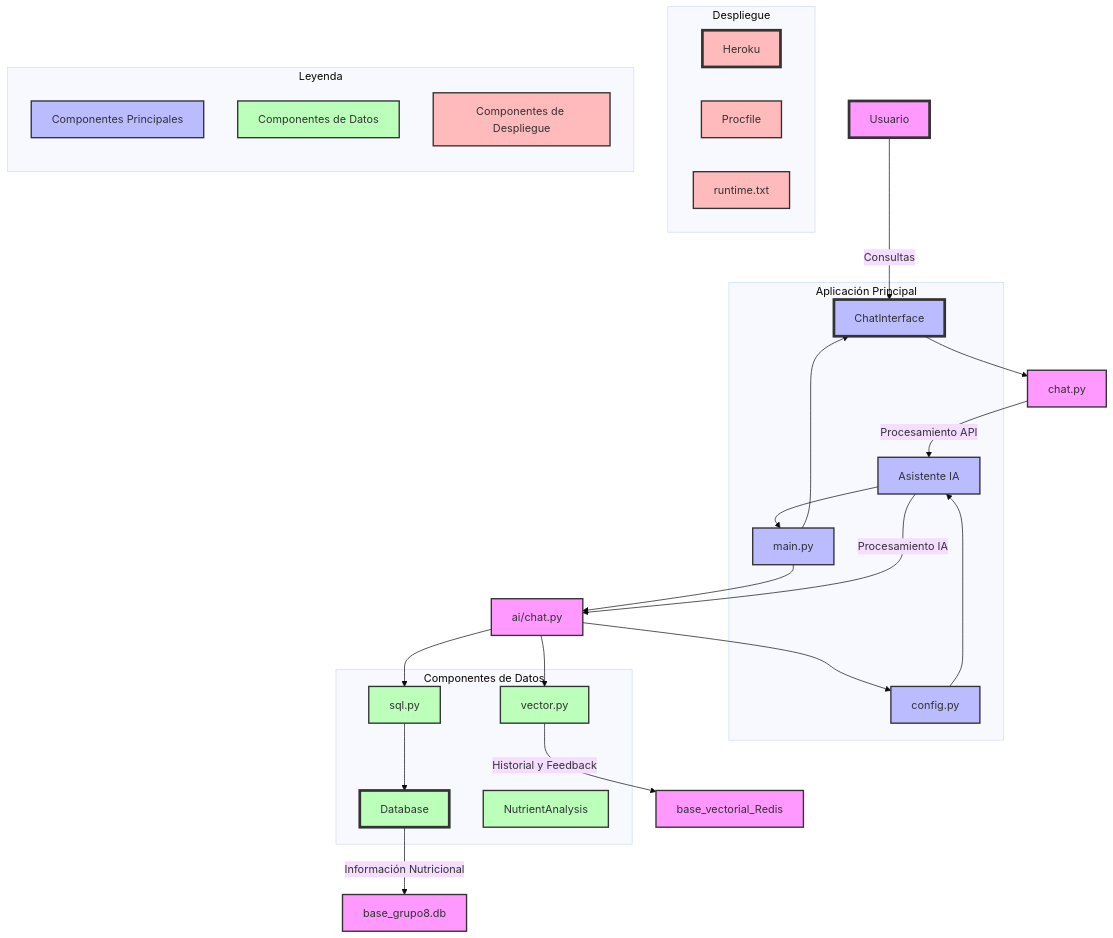
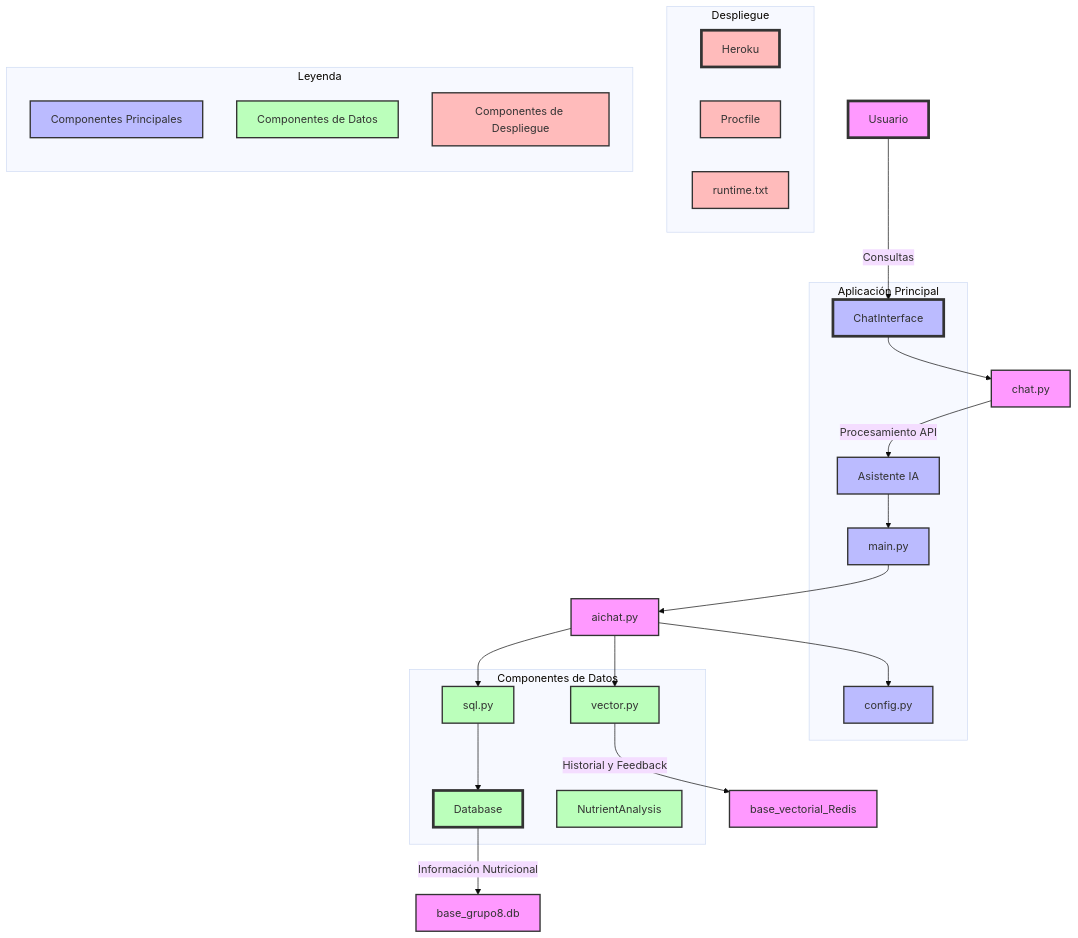
The diagram in architecture.md (leorojascas/Grupo8), drawn with Mermaid (base theme) before and after one commit.

````diff
--- a/architecture.md
+++ b/architecture.md
@@ -1,74 +1,67 @@
 ```mermaid
 graph TD
     %% Nodes
     User[Usuario] -->|Consultas| ChatInterface
     ChatInterface --> ChatLogic[chat.py]
     ChatLogic[chat.py] -->|Procesamiento API| AIAssistant[Asistente IA]
     AIAssistant[Asistente IA] --> EntryPoint[main.py]
     EntryPoint[main.py] --> AILogic[aichat.py]
     AILogic[aichat.py] --> AppConfig[config.py]
 
     %% Subgraphs
     subgraph Aplicación Principal
         ChatInterface
         AIAssistant
         EntryPoint[main.py]
         AppConfig[config.py]
     end
 
     subgraph Componentes de Datos
         Database
         NutrientAnalysis
         SQLModule[sql.py]
         VectorProcessor[vector.py]
     end
 
     %% Database Details
     Database -->|Información Nutricional| Config[base_grupo8.db]
     SQLModule --> Database
     VectorProcessor --> |Historial y Feedback| Confíg[base_vectorial_Redis]
-    AILogic --> VectorProcessor
-    AILogic --> SQLModule
-
-    %% AI Components
-    AIAssistant -->|Procesamiento IA| AILogic[ai/chat.py]
-
-    %% Entry point y configuración
-    EntryPoint --> ChatInterface
-    AppConfig --> AIAssistant
+    AILogic[aichat.py] --> VectorProcessor
+    AILogic[aichat.py] --> SQLModule
 
     %% Deployment
     subgraph Despliegue
         Heroku[Heroku]
         Procfile[Procfile]
         Runtime[runtime.txt]
     end
 
     %% Styling
     classDef default fill:#f9f,stroke:#333,stroke-width:2px
     classDef primary fill:#bbf,stroke:#333,stroke-width:2px
     classDef data fill:#bfb,stroke:#333,stroke-width:2px
     classDef deployment fill:#fbb,stroke:#333,stroke-width:2px
 
     class User,ChatInterface,AIAssistant,EntryPoint,AppConfig primary
     class Database,NutrientAnalysis,SQLModule,VectorProcessor data
     class Heroku,Procfile,Runtime deployment
 
     %% Legend
     subgraph Leyenda
         direction TB
         Primary[Componentes Principales]
         Data[Componentes de Datos]
         Deployment[Componentes de Despliegue]
     end
 
     class Primary primary
     class Data data
     class Deployment deployment
 
     %% Connections
     style User fill:#f9f,stroke:#333,stroke-width:4px
     style ChatInterface fill:#bbf,stroke:#333,stroke-width:4px
     style Database fill:#bfb,stroke:#333,stroke-width:4px
     style Heroku fill:#fbb,stroke:#333,stroke-width:4px
 ```
````
